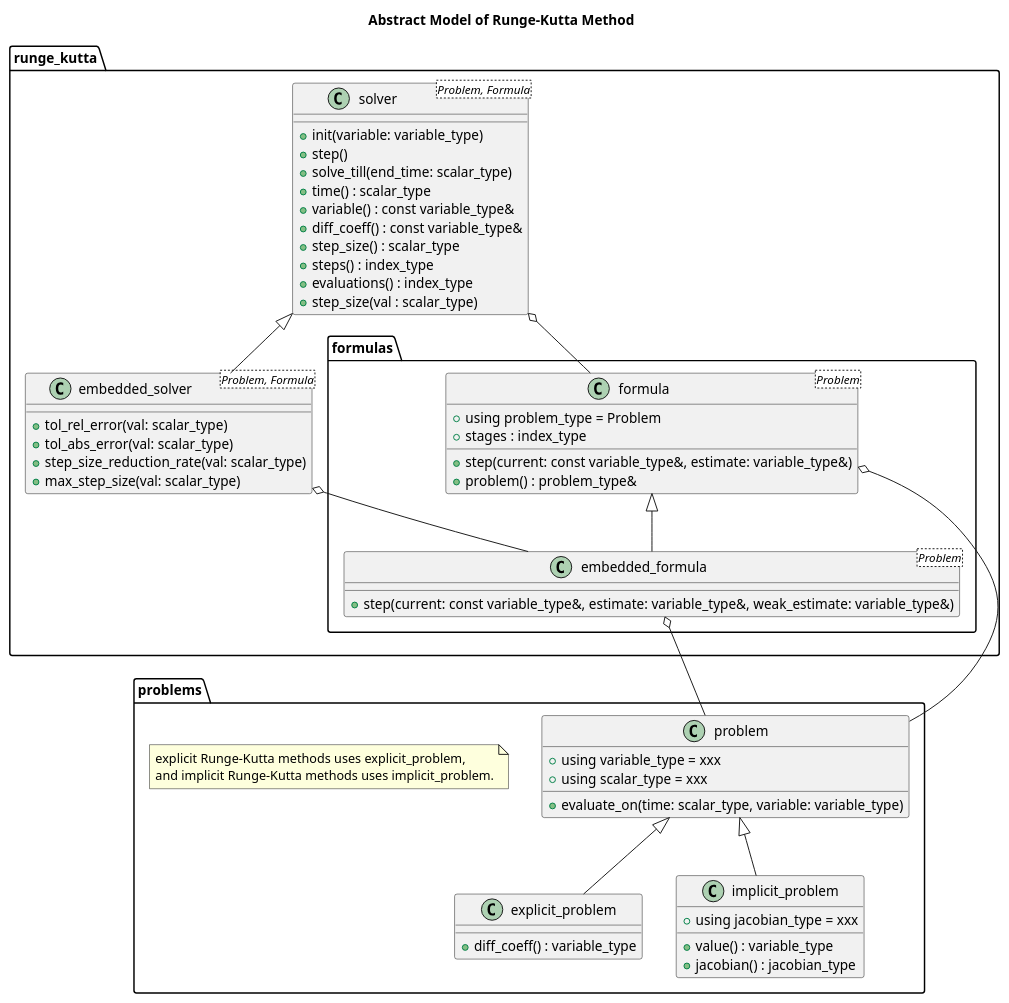
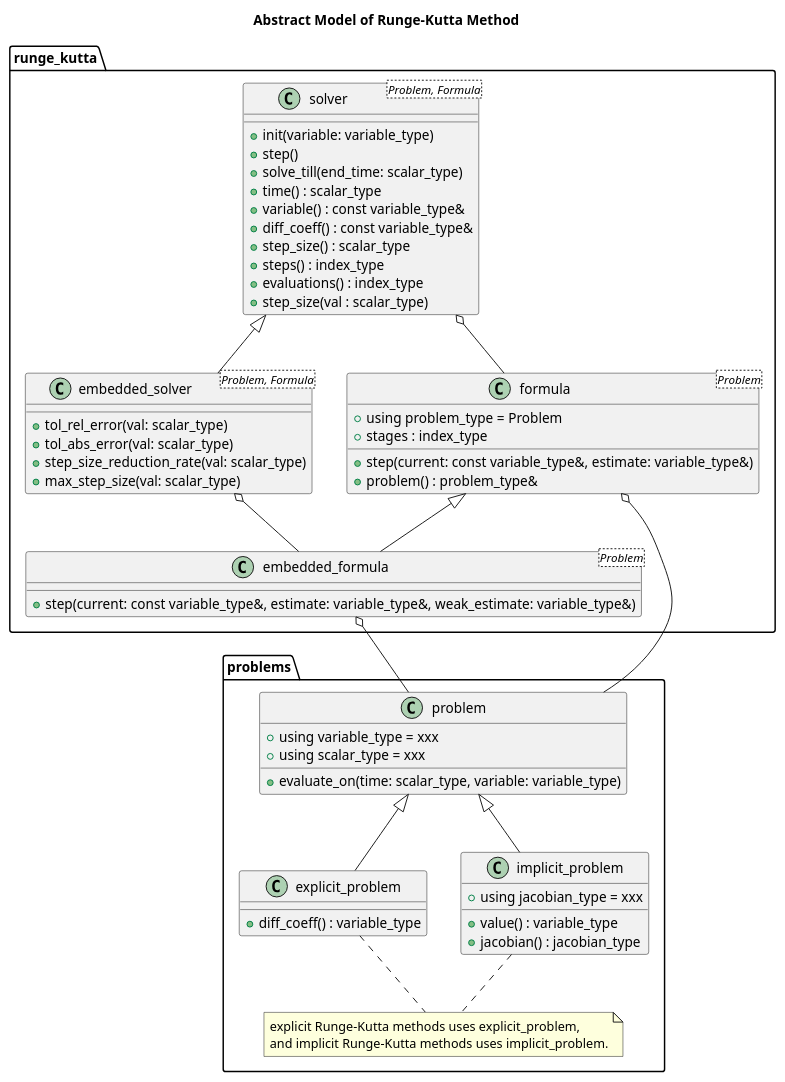
The diagram in doc/sphinx/src/basic_design/ode.rst (MusicScience37/numerical-collection-cpp), drawn with PlantUML before and after one commit.

Commit message:
doc: remove too deep namespace

```diff
--- a/doc/sphinx/src/basic_design/ode.rst
+++ b/doc/sphinx/src/basic_design/ode.rst
@@ -16,69 +16,69 @@
 .. uml::
 
     title Abstract Model of Runge-Kutta Method
 
     package problems {
         class problem {
             + using variable_type = xxx
             + using scalar_type = xxx
             + evaluate_on(time: scalar_type, variable: variable_type)
         }
 
         class explicit_problem {
             + diff_coeff() : variable_type
         }
         problem <|-- explicit_problem
 
         class implicit_problem {
             + using jacobian_type = xxx
             + value() : variable_type
             + jacobian() : jacobian_type
         }
         problem <|-- implicit_problem
 
         note as problem_type_note
             explicit Runge-Kutta methods uses explicit_problem,
             and implicit Runge-Kutta methods uses implicit_problem.
         end note
+        explicit_problem .. problem_type_note
+        implicit_problem .. problem_type_note
     }
 
     package runge_kutta {
-        package formulas {
-            class formula<Problem> {
-                + using problem_type = Problem
-                + stages : index_type
-                + step(current: const variable_type&, estimate: variable_type&)
-                + problem() : problem_type&
-            }
-            formula o-- problem
+        class formula<Problem> {
+            + using problem_type = Problem
+            + stages : index_type
+            + step(current: const variable_type&, estimate: variable_type&)
+            + problem() : problem_type&
+        }
+        formula o-- problem
 
-            class embedded_formula<Problem> {
-                + step(current: const variable_type&, estimate: variable_type&, weak_estimate: variable_type&)
-            }
-            formula <|-- embedded_formula
-            embedded_formula o-- problem
+        class embedded_formula<Problem> {
+            + step(current: const variable_type&, estimate: variable_type&, weak_estimate: variable_type&)
         }
+        formula <|-- embedded_formula
+        embedded_formula o-- problem
 
         class solver<Problem, Formula> {
             + init(variable: variable_type)
             + step()
             + solve_till(end_time: scalar_type)
             + time() : scalar_type
             + variable() : const variable_type&
             + diff_coeff() : const variable_type&
             + step_size() : scalar_type
             + steps() : index_type
             + evaluations() : index_type
             + step_size(val : scalar_type)
         }
         solver o-- formula
 
         class embedded_solver<Problem, Formula> {
             + tol_rel_error(val: scalar_type)
             + tol_abs_error(val: scalar_type)
             + step_size_reduction_rate(val: scalar_type)
             + max_step_size(val: scalar_type)
         }
         solver <|-- embedded_solver
         embedded_solver o-- embedded_formula
     }
```
